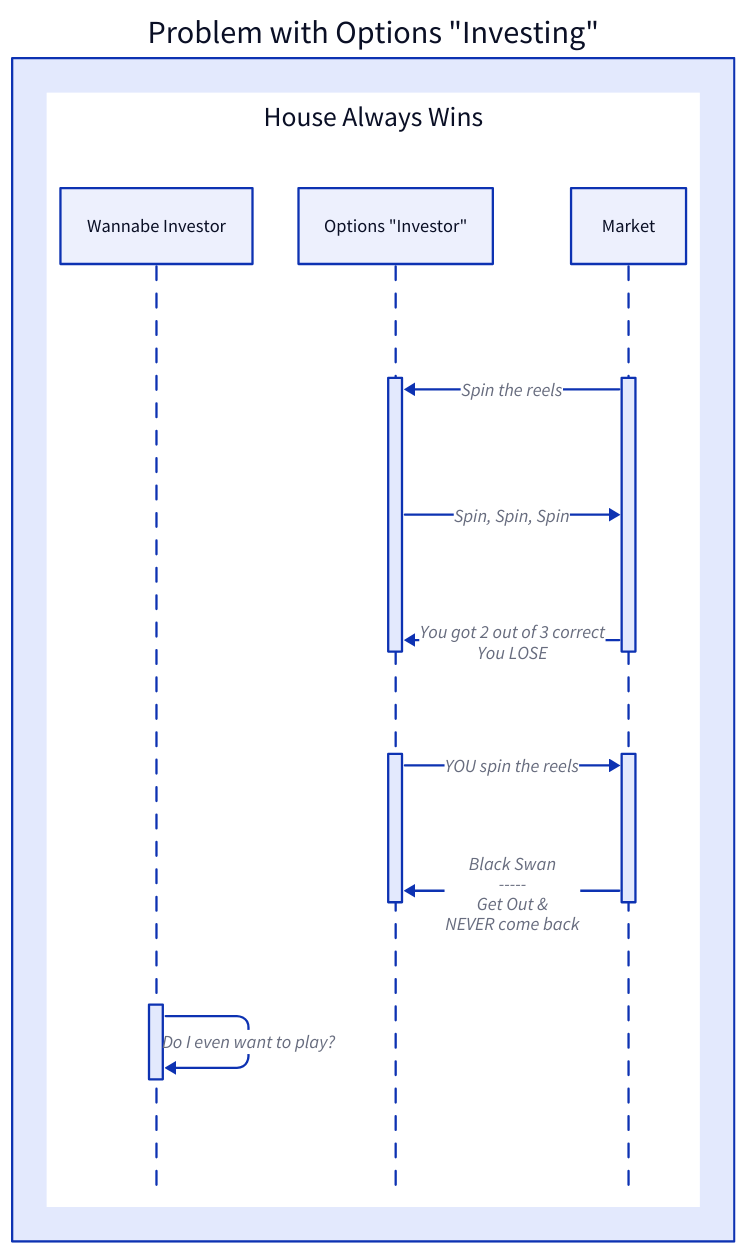
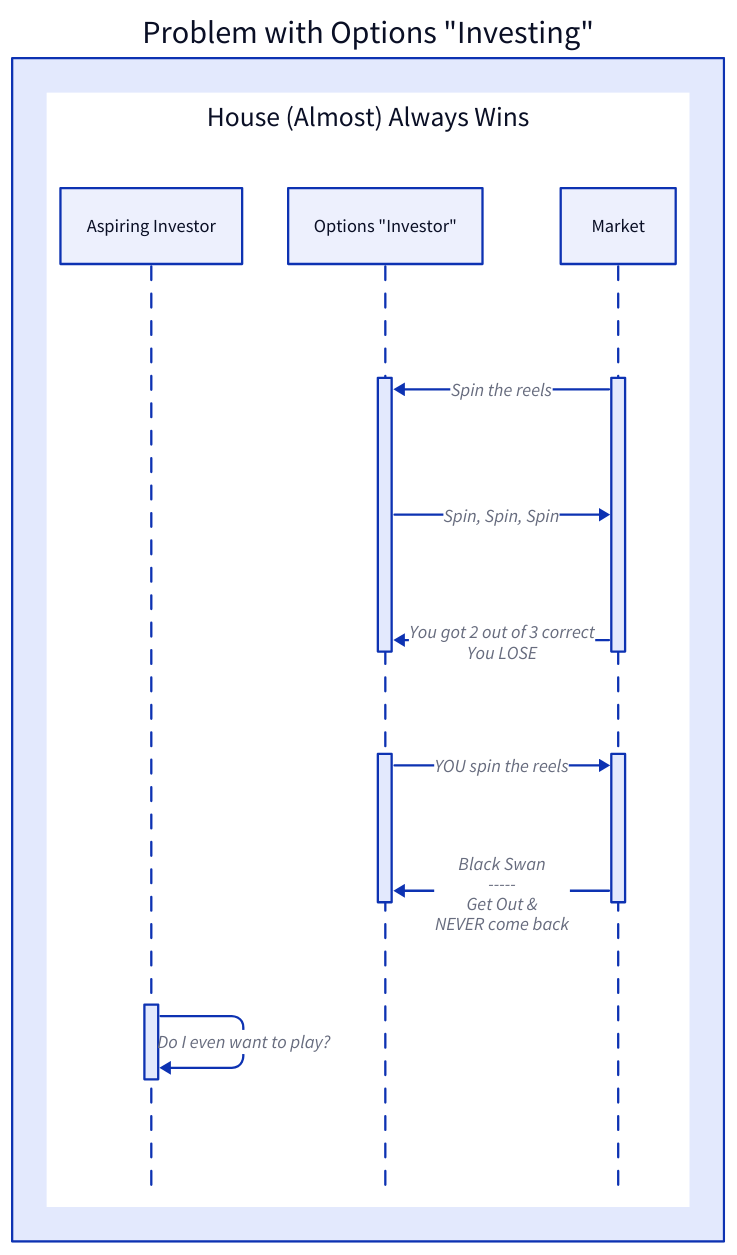
Before and after one commit to wqustudent/madoff: the diagram in report/images/m4__OI__problem_1.d2, drawn with D2. The commit also changed 17 other files, not shown here.

```diff
--- a/report/images/m4__OI__problem_1.d2
+++ b/report/images/m4__OI__problem_1.d2
@@ -1,20 +1,20 @@
 direction: right
 Problem: Problem with Options "Investing" {
 
-  problem: House Always Wins {
+  problem: House (Almost) Always Wins {
     shape: sequence_diagram
-    me: Wannabe Investor
+    me: Aspiring Investor
     oi: Options "Investor"
     mm: Market
 
     mm.buy -> oi.buy: Spin the reels
     oi.buy -> mm.buy: Spin, Spin, Spin
     mm.buy -> oi.buy: You got 2 out of 3 correct\nYou LOSE
 
     oi.sell -> mm.sell: YOU spin the reels
     mm.sell -> oi.sell: Black Swan\n-----\nGet Out &\nNEVER come back
 
     me.why -> me.why: Do I even want to play?
 
   }
 }
```
